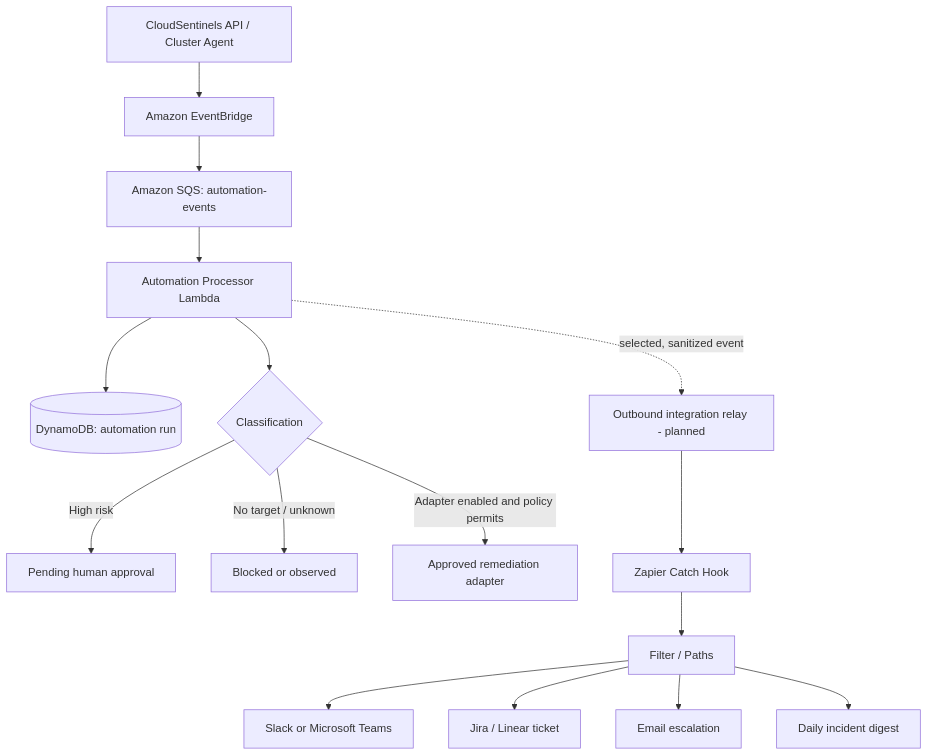
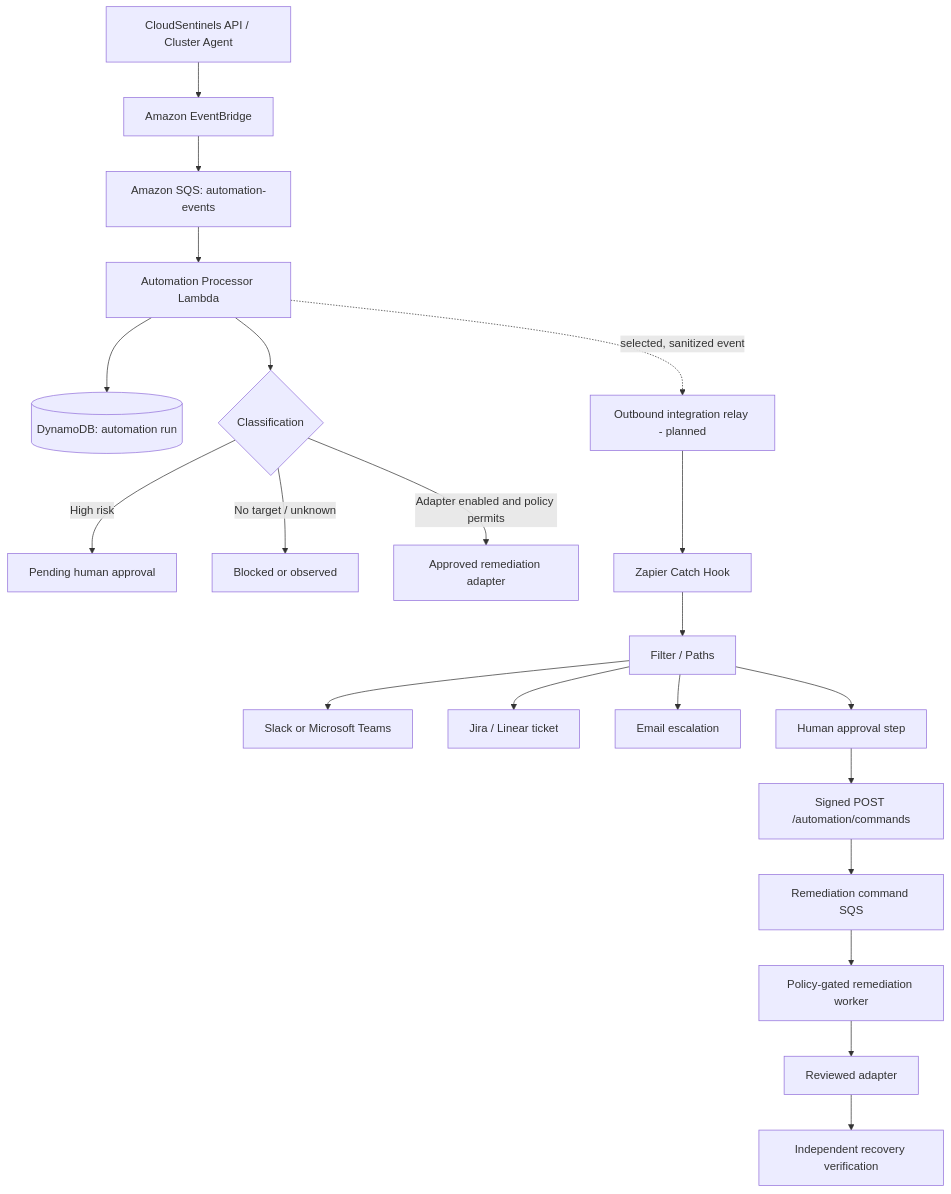
The diagram in deploy/automation/ZAPIER.md (ABHILASH9519/cloudsentinels), drawn with Mermaid before and after one commit. The commit also changed other lines of this file, not shown here.

Commit message:
Document the signed Zapier approval callback and execution gate

````diff
--- a/deploy/automation/ZAPIER.md
+++ b/deploy/automation/ZAPIER.md
@@ -14,18 +14,23 @@
 ```mermaid
 flowchart TD
   A[CloudSentinels API / Cluster Agent] --> B[Amazon EventBridge]
   B --> C[Amazon SQS: automation-events]
   C --> D[Automation Processor Lambda]
   D --> E[(DynamoDB: automation run)]
   D --> F{Classification}
   F -->|High risk| G[Pending human approval]
   F -->|No target / unknown| H[Blocked or observed]
   F -->|Adapter enabled and policy permits| I[Approved remediation adapter]
   D -. selected, sanitized event .-> J[Outbound integration relay - planned]
   J --> K[Zapier Catch Hook]
   K --> L[Filter / Paths]
   L --> M[Slack or Microsoft Teams]
   L --> N[Jira / Linear ticket]
   L --> O[Email escalation]
-  L --> P[Daily incident digest]
+  L --> P[Human approval step]
+  P --> Q[Signed POST /automation/commands]
+  Q --> R[Remediation command SQS]
+  R --> S[Policy-gated remediation worker]
+  S --> T[Reviewed adapter]
+  T --> U[Independent recovery verification]
 ```
````
